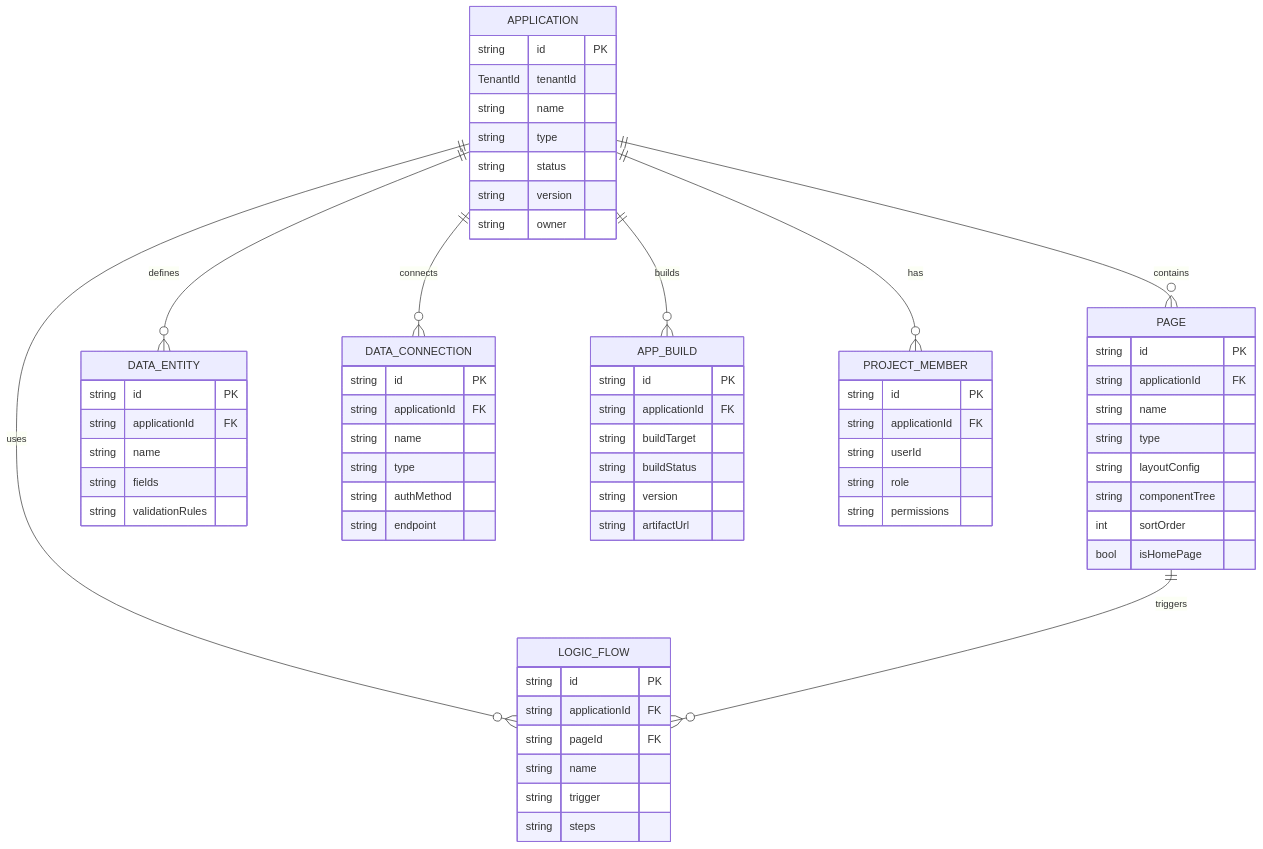
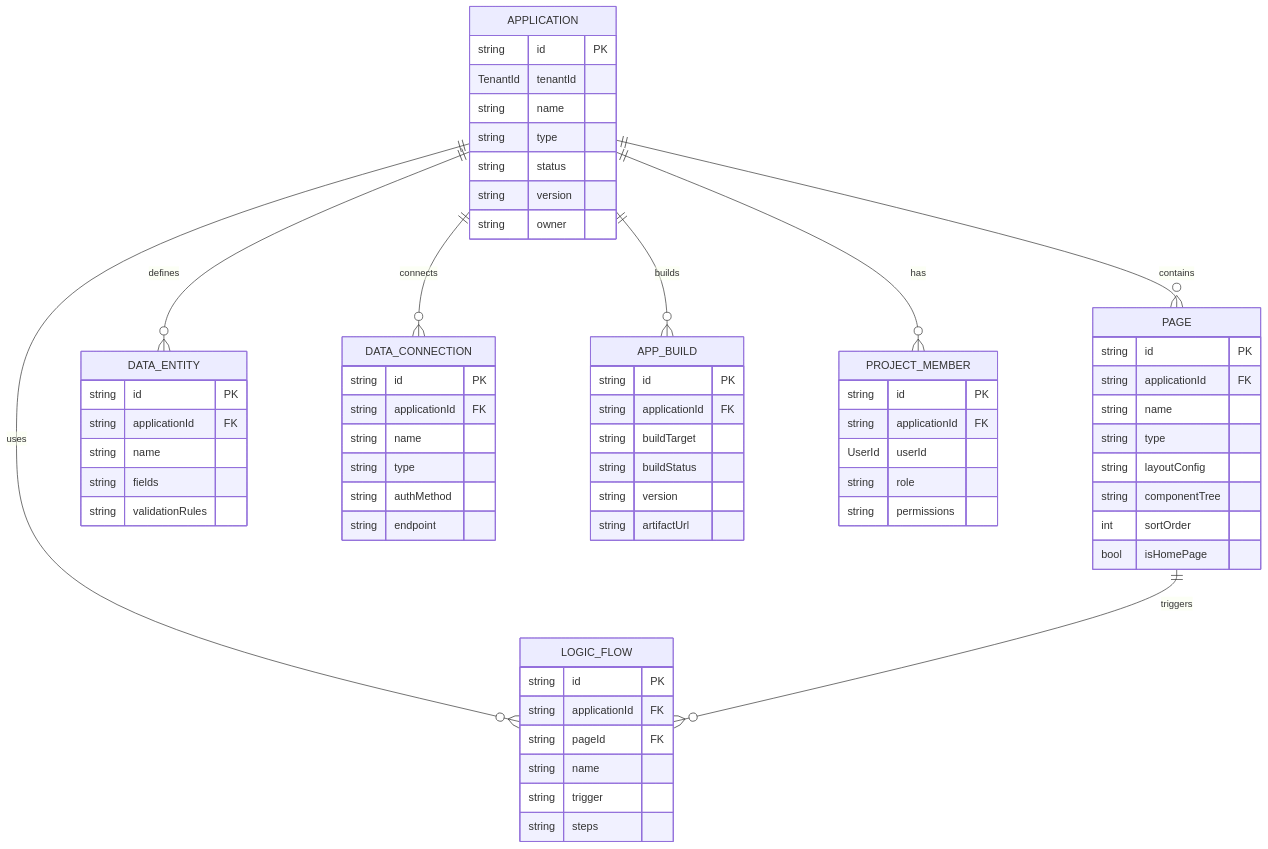
One commit to UIMSolutions/uim-platform changed the third of 7 diagrams in build-apps/NAFv4.md. Above: the diagram before and after it, drawn with Mermaid. The commit also changed 183 other files, not shown here.

````diff
--- a/build-apps/NAFv4.md
+++ b/build-apps/NAFv4.md
@@ -87,75 +87,75 @@
 ```mermaid
 erDiagram
     APPLICATION ||--o{ PAGE : contains
     APPLICATION ||--o{ DATA_ENTITY : defines
     APPLICATION ||--o{ DATA_CONNECTION : connects
     APPLICATION ||--o{ LOGIC_FLOW : uses
     APPLICATION ||--o{ APP_BUILD : builds
     APPLICATION ||--o{ PROJECT_MEMBER : has
 
     PAGE ||--o{ LOGIC_FLOW : triggers
 
     APPLICATION {
         string id PK
         TenantId tenantId
         string name
         string type
         string status
         string version
         string owner
     }
 
     PAGE {
         string id PK
         string applicationId FK
         string name
         string type
         string layoutConfig
         string componentTree
         int sortOrder
         bool isHomePage
     }
 
     DATA_ENTITY {
         string id PK
         string applicationId FK
         string name
         string fields
         string validationRules
     }
 
     DATA_CONNECTION {
         string id PK
         string applicationId FK
         string name
         string type
         string authMethod
         string endpoint
     }
 
     LOGIC_FLOW {
         string id PK
         string applicationId FK
         string pageId FK
         string name
         string trigger
         string steps
     }
 
     APP_BUILD {
         string id PK
         string applicationId FK
         string buildTarget
         string buildStatus
         string version
         string artifactUrl
     }
 
     PROJECT_MEMBER {
         string id PK
         string applicationId FK
-        string userId
+        UserId userId
         string role
         string permissions
     }
 ```
````
